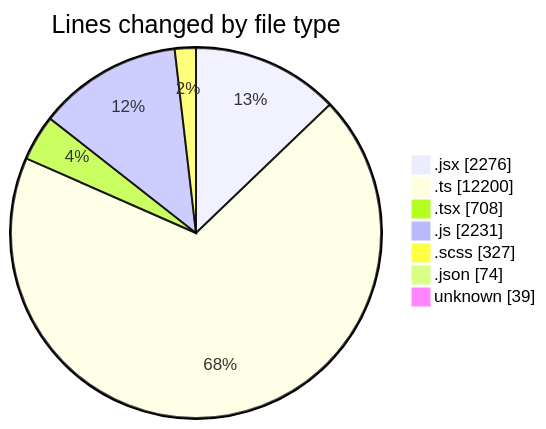
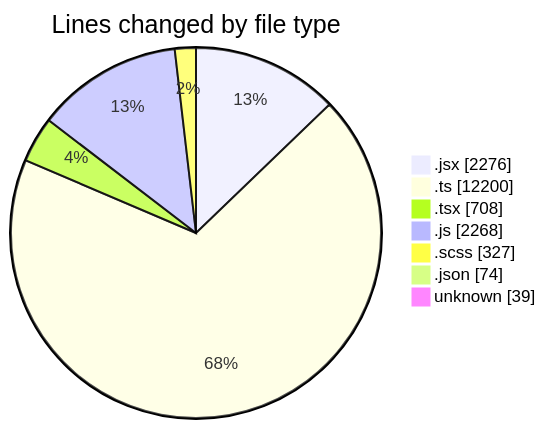
One commit to momahboobian/code-tracking changed the first of 2 diagrams in 2025-06-05/cda/README.md. Above: the diagram before and after it, drawn with Mermaid. The commit also changed other lines of this file and 1 other file, not shown here.

````diff
--- a/2025-06-05/cda/README.md
+++ b/2025-06-05/cda/README.md
@@ -52,11 +52,11 @@
 ```mermaid
 pie showData
 title Lines changed by file type
 ".jsx" : 2276
 ".ts" : 12200
 ".tsx" : 708
-".js" : 2231
+".js" : 2268
 ".scss" : 327
 ".json" : 74
 "unknown" : 39
 ```
````
